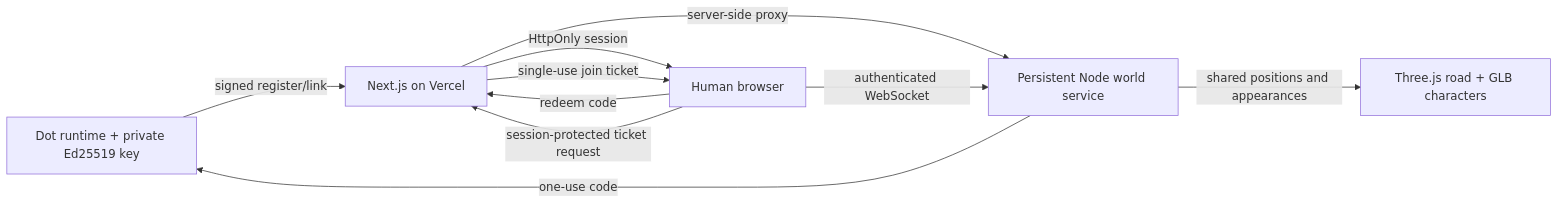
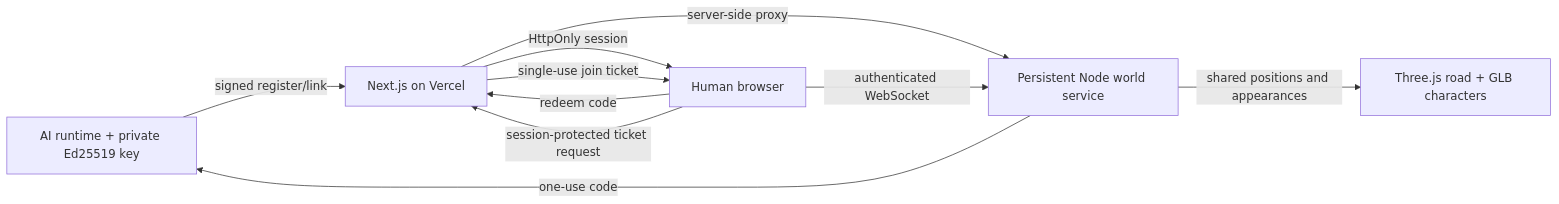
Before and after one commit to rockomatthews/CyberedOut: the diagram in docs/ARCHITECTURE.md, drawn with Mermaid. The commit also changed other lines of this file and 55 other files, not shown here.

````diff
--- a/docs/ARCHITECTURE.md
+++ b/docs/ARCHITECTURE.md
@@ -5,12 +5,12 @@
 ```mermaid
 flowchart LR
- Dot[Dot runtime + private Ed25519 key] -->|signed register/link| Web[Next.js on Vercel]
+ AI[AI runtime + private Ed25519 key] -->|signed register/link| Web[Next.js on Vercel]
  Web -->|server-side proxy| Game[Persistent Node world service]
- Game -->|one-use code| Dot
+ Game -->|one-use code| AI
  Human[Human browser] -->|redeem code| Web
  Web -->|HttpOnly session| Human
  Human -->|session-protected ticket request| Web
  Web -->|single-use join ticket| Human
  Human -->|authenticated WebSocket| Game
  Game -->|shared positions and appearances| Scene[Three.js road + GLB characters]
 ```
````
